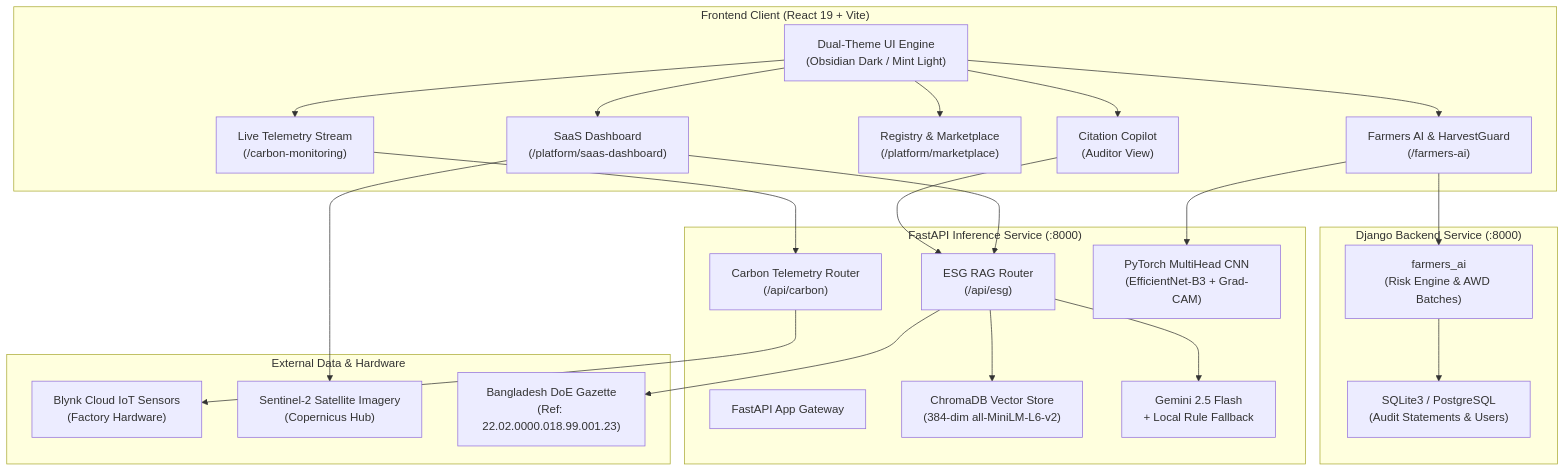
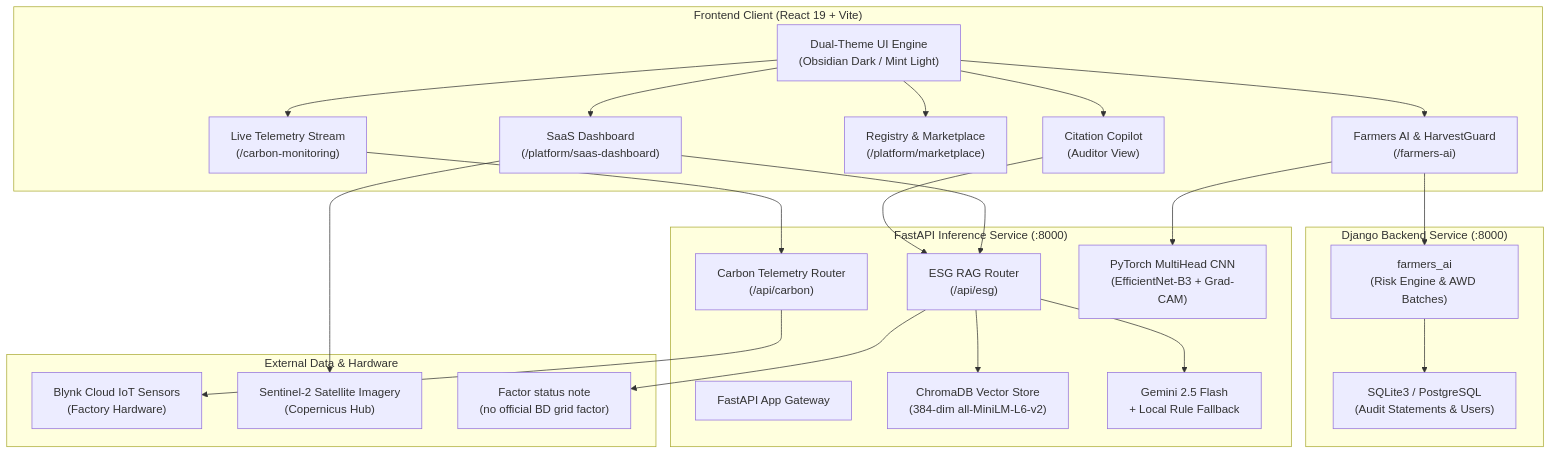
Before and after one commit to akramrafid/CarbonOS: the diagram in README.md, drawn with Mermaid. The commit also changed other lines of this file and 55 other files, not shown here.

````diff
--- a/README.md
+++ b/README.md
@@ -108,45 +107,45 @@
 ```mermaid
 flowchart TB
     subgraph Client ["Frontend Client (React 19 + Vite)"]
         UI["Dual-Theme UI Engine\n(Obsidian Dark / Mint Light)"]
         SaaS["SaaS Dashboard\n(/platform/saas-dashboard)"]
         RAG_UI["Citation Copilot\n(Auditor View)"]
         Registry_UI["Registry & Marketplace\n(/platform/marketplace)"]
         Farmer_UI["Farmers AI & HarvestGuard\n(/farmers-ai)"]
         IoT_UI["Live Telemetry Stream\n(/carbon-monitoring)"]
     end
 
     subgraph FastAPI ["FastAPI Inference Service (:8000)"]
         API["FastAPI App Gateway"]
         ESGRouter["ESG RAG Router\n(/api/esg)"]
         CarbonRouter["Carbon Telemetry Router\n(/api/carbon)"]
         Chroma["ChromaDB Vector Store\n(384-dim all-MiniLM-L6-v2)"]
         GeminiEngine["Gemini 2.5 Flash\n+ Local Rule Fallback"]
         PyTorchModel["PyTorch MultiHead CNN\n(EfficientNet-B3 + Grad-CAM)"]
     end
 
     subgraph Django ["Django Backend Service (:8000)"]
         FarmersApp["farmers_ai\n(Risk Engine & AWD Batches)"]
         SQLiteDB["SQLite3 / PostgreSQL\n(Audit Statements & Users)"]
     end
 
     subgraph External ["External Data & Hardware"]
         Blynk["Blynk Cloud IoT Sensors\n(Factory Hardware)"]
         Sentinel["Sentinel-2 Satellite Imagery\n(Copernicus Hub)"]
-        DoEGazette["Bangladesh DoE Gazette\n(Ref: 22.02.0000.018.99.001.23)"]
+        DoEGazette["Factor status note\n(no official BD grid factor)"]
     end
 
     UI --> SaaS & RAG_UI & Registry_UI & Farmer_UI & IoT_UI
     SaaS --> ESGRouter
     RAG_UI --> ESGRouter
     IoT_UI --> CarbonRouter
     Farmer_UI --> PyTorchModel
     Farmer_UI --> FarmersApp
 
     ESGRouter --> Chroma
     ESGRouter --> GeminiEngine
     ESGRouter --> DoEGazette
     CarbonRouter --> Blynk
     SaaS --> Sentinel
     FarmersApp --> SQLiteDB
 ```
````
